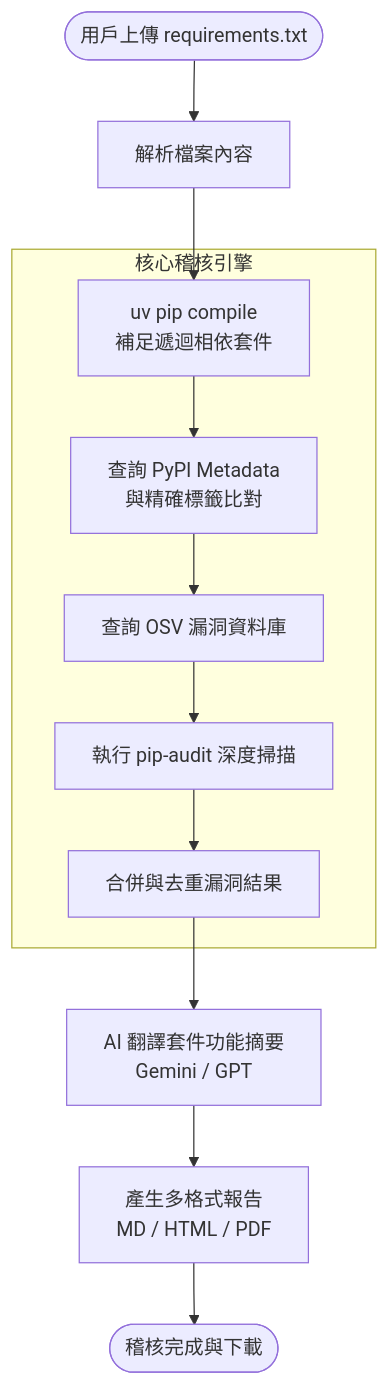
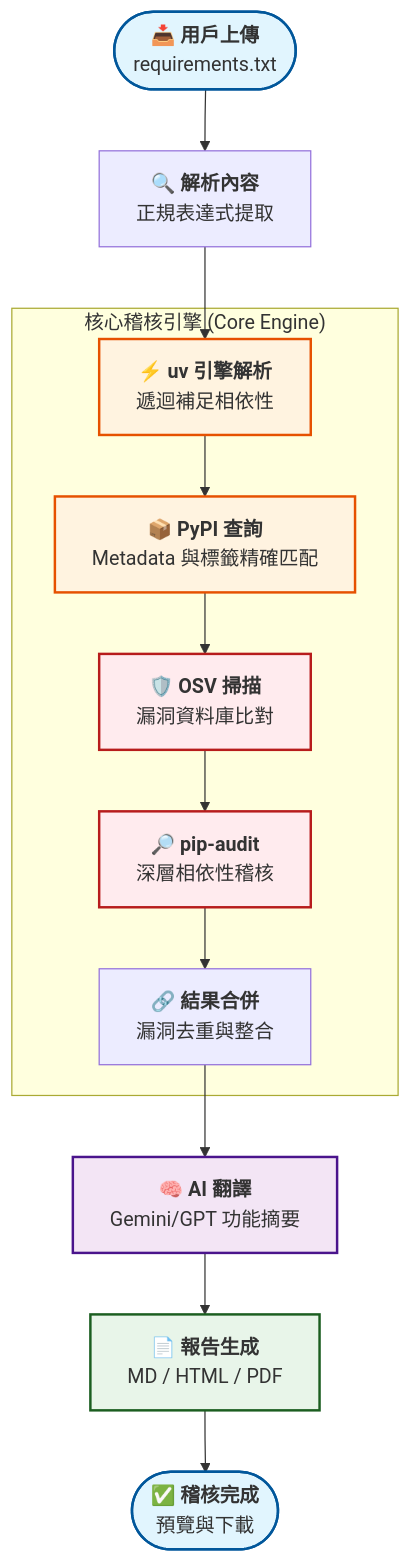
Before and after one commit to lucifer0427/audit_python_packages: the diagram in README.md, drawn with Mermaid.

Commit message:
docs: beautify audit process flow chart in README

````diff
--- a/README.md
+++ b/README.md
@@ -25,20 +25,44 @@
 ```mermaid
 graph TD
-    Start([用戶上傳 requirements.txt]) --> Parse[解析檔案內容]
-    Parse --> Resolve[uv pip compile<br/>補足遞迴相依套件]
-    Resolve --> PyPI[查詢 PyPI Metadata<br/>與精確標籤比對]
-    PyPI --> OSV[查詢 OSV 漏洞資料庫]
-    OSV --> PipAudit[執行 pip-audit 深度掃描]
-    PipAudit --> Merge[合併與去重漏洞結果]
-    Merge --> Translate[AI 翻譯套件功能摘要<br/>Gemini / GPT]
-    Translate --> Generate[產生多格式報告<br/>MD / HTML / PDF]
-    Generate --> End([稽核完成與下載])
+    %% 節點定義
+    Start([<b>📥 用戶上傳</b><br/>requirements.txt])
+    Parse[<b>🔍 解析內容</b><br/>正規表達式提取]
+    Resolve[<b>⚡ uv 引擎解析</b><br/>遞迴補足相依性]
+    PyPI[<b>📦 PyPI 查詢</b><br/>Metadata 與標籤精確匹配]
+    OSV[<b>🛡️ OSV 掃描</b><br/>漏洞資料庫比對]
+    PipAudit[<b>🔎 pip-audit</b><br/>深層相依性稽核]
+    Merge[<b>🔗 結果合併</b><br/>漏洞去重與整合]
+    Translate[<b>🧠 AI 翻譯</b><br/>Gemini/GPT 功能摘要]
+    Generate[<b>📄 報告生成</b><br/>MD / HTML / PDF]
+    End([<b>✅ 稽核完成</b><br/>預覽與下載])
 
-    subgraph "核心稽核引擎"
-    Resolve
-    PyPI
-    OSV
-    PipAudit
-    Merge
+    %% 流程連接
+    Start --> Parse
+    Parse --> Resolve
+    Resolve --> PyPI
+    PyPI --> OSV
+    OSV --> PipAudit
+    PipAudit --> Merge
+    Merge --> Translate
+    Translate --> Generate
+    Generate --> End
+
+    %% 區域標註
+    subgraph "核心稽核引擎 (Core Engine)"
+        Resolve
+        PyPI
+        OSV
+        PipAudit
+        Merge
     end
+
+    %% 樣式設定
+    style Start fill:#e1f5fe,stroke:#01579b,stroke-width:2px
+    style End fill:#e1f5fe,stroke:#01579b,stroke-width:2px
+    style Resolve fill:#fff3e0,stroke:#e65100,stroke-width:2px
+    style PyPI fill:#fff3e0,stroke:#e65100,stroke-width:2px
+    style OSV fill:#ffebee,stroke:#b71c1c,stroke-width:2px
+    style PipAudit fill:#ffebee,stroke:#b71c1c,stroke-width:2px
+    style Translate fill:#f3e5f5,stroke:#4a148c,stroke-width:2px
+    style Generate fill:#e8f5e9,stroke:#1b5e20,stroke-width:2px
 ```
````
